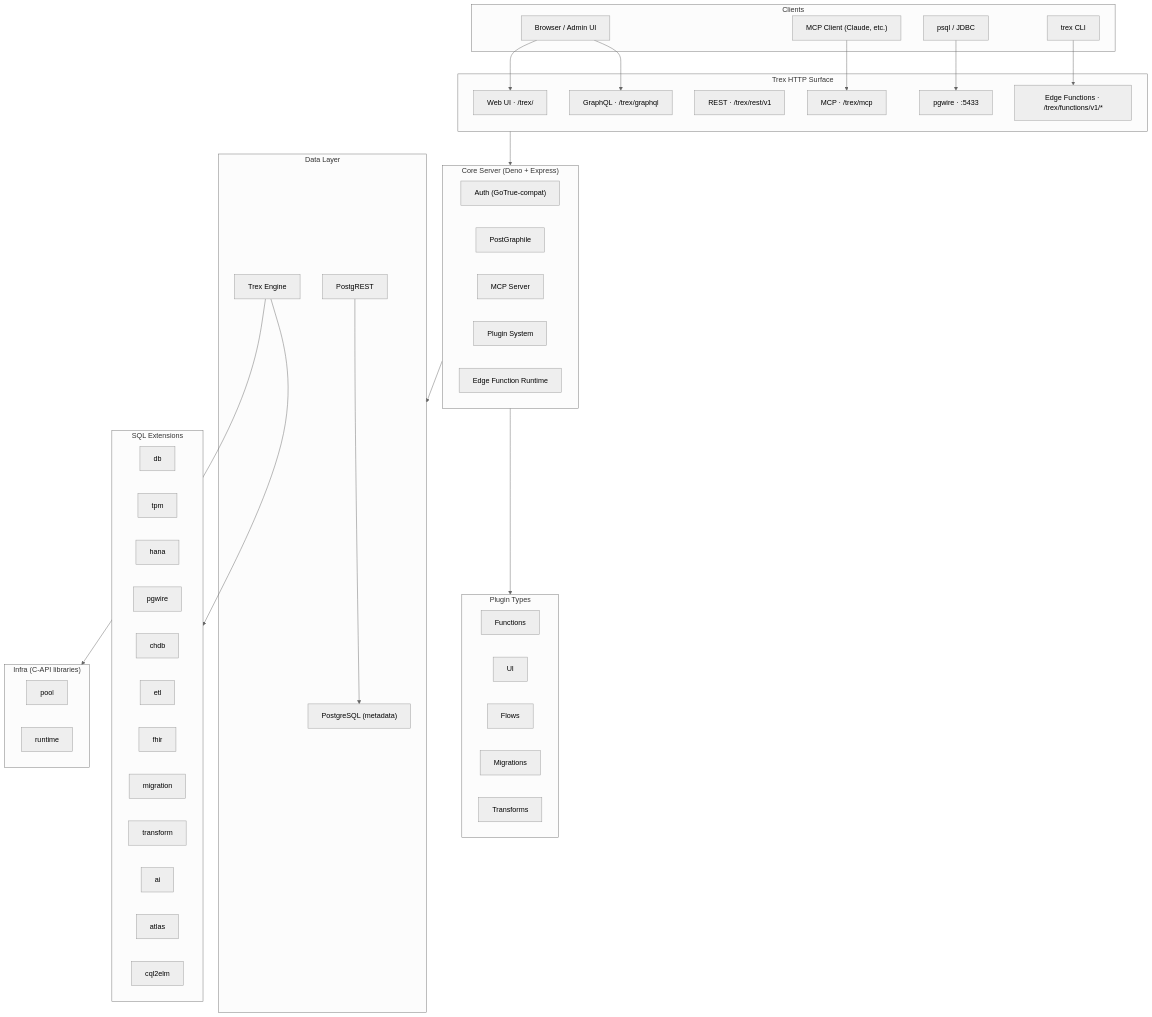
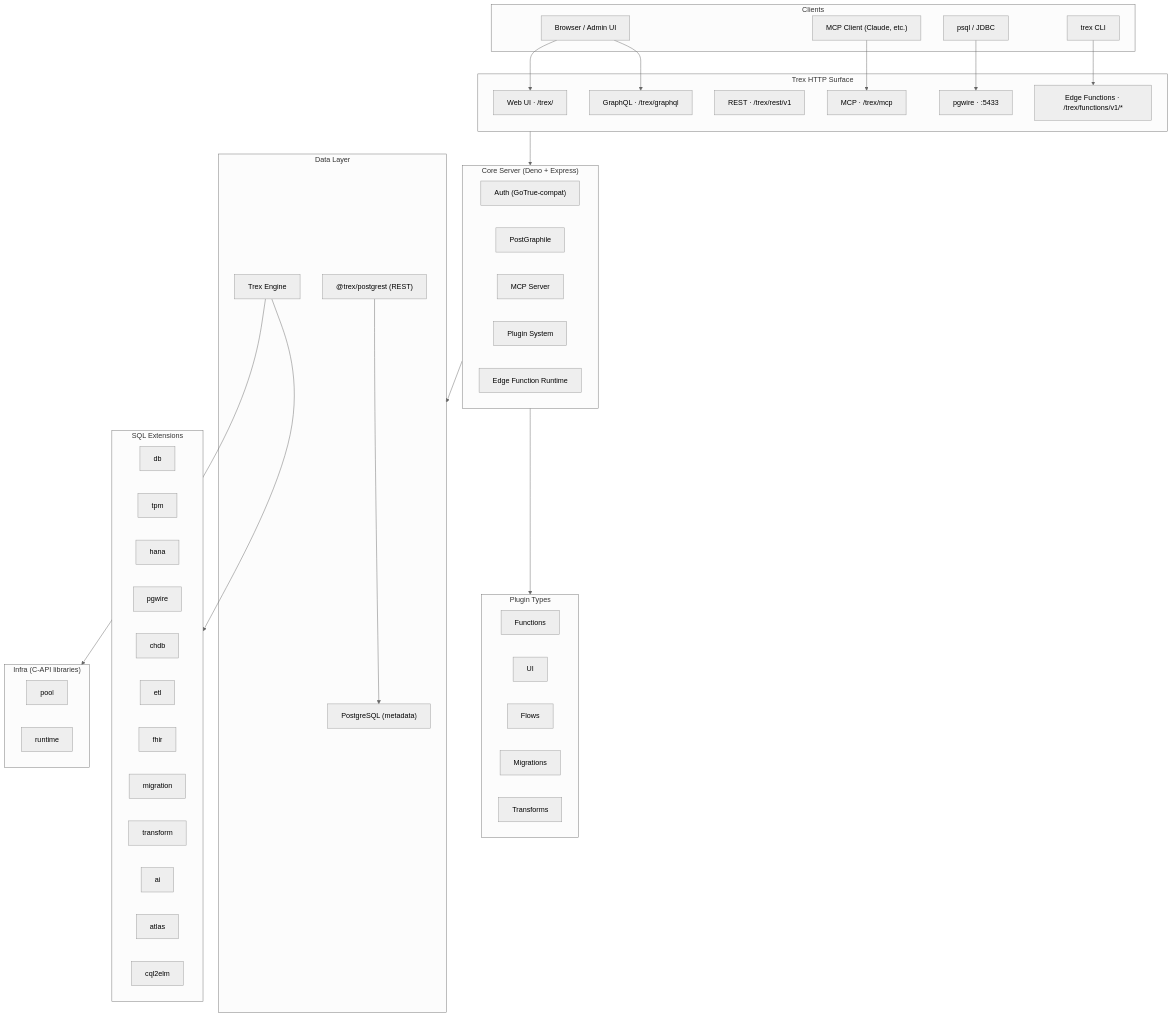
The first of 2 diagrams in plugins/docs/docs/concepts/architecture.md (OHDSI/trex), drawn with Mermaid (neutral theme) before and after one commit. The commit also changed other lines of this file and 16 other files, not shown here.

````diff
--- a/plugins/docs/docs/concepts/architecture.md
+++ b/plugins/docs/docs/concepts/architecture.md
@@ -14,63 +14,63 @@
 ```mermaid
 flowchart TD
     subgraph Clients["Clients"]
         Browser["Browser / Admin UI"]
         Psql["psql / JDBC"]
         AI["MCP Client (Claude, etc.)"]
         CLI["trex CLI"]
     end
 
     subgraph Frontend["Trex HTTP Surface"]
         WebUI["Web UI · /trex/"]
         GraphQL["GraphQL · /trex/graphql"]
         REST["REST · /trex/rest/v1"]
         MCP["MCP · /trex/mcp"]
         Pgwire["pgwire · :5433"]
         FunctionsAPI["Edge Functions · /trex/functions/v1/*"]
     end
 
     subgraph Server["Core Server (Deno + Express)"]
         Auth["Auth (GoTrue-compat)"]
         PostGraphile["PostGraphile"]
         MCPServer["MCP Server"]
         PluginSys["Plugin System"]
         FuncRuntime["Edge Function Runtime"]
     end
 
     subgraph Plugins["Plugin Types"]
         Functions
         UI
         Flows
         Migrations
         Transforms
     end
 
     subgraph Data["Data Layer"]
         PostgreSQL["PostgreSQL (metadata)"]
         Engine["Trex Engine"]
-        PostgREST["PostgREST"]
+        PostgREST["@trex/postgrest (REST)"]
     end
 
     subgraph SqlExtensions["SQL Extensions"]
         db & tpm & hana & pgwire & chdb
         etl & fhir & migration & transform
         ai & atlas & cql2elm
     end
 
     subgraph InfraExtensions["Infra (C-API libraries)"]
         pool & runtime
     end
 
     Browser --> WebUI
     Browser --> GraphQL
     AI --> MCP
     CLI --> FunctionsAPI
     Psql --> Pgwire
 
     Frontend --> Server
     Server --> Plugins
     Server --> Data
     Engine --> SqlExtensions
     Engine --> InfraExtensions
     PostgREST --> PostgreSQL
 ```
````
